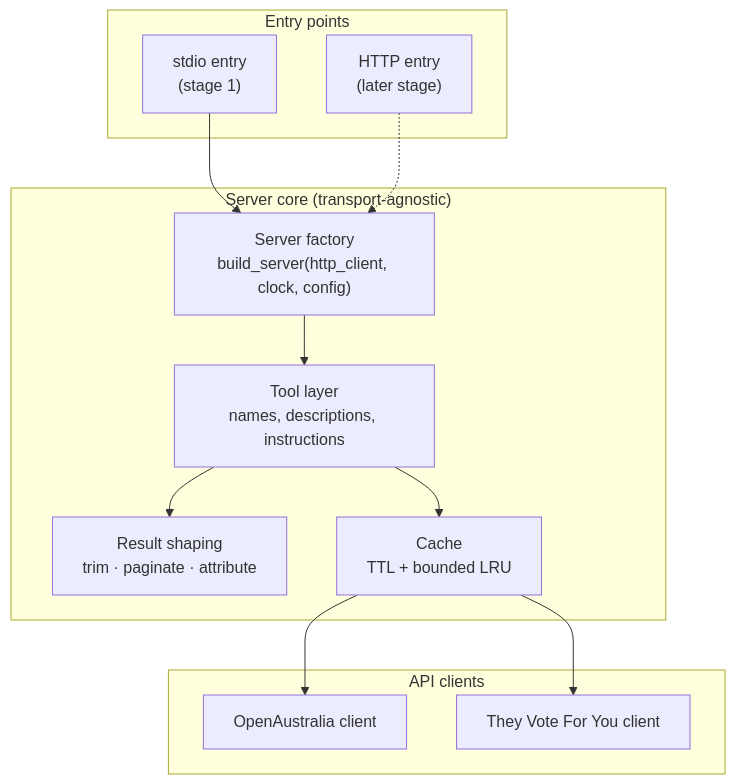
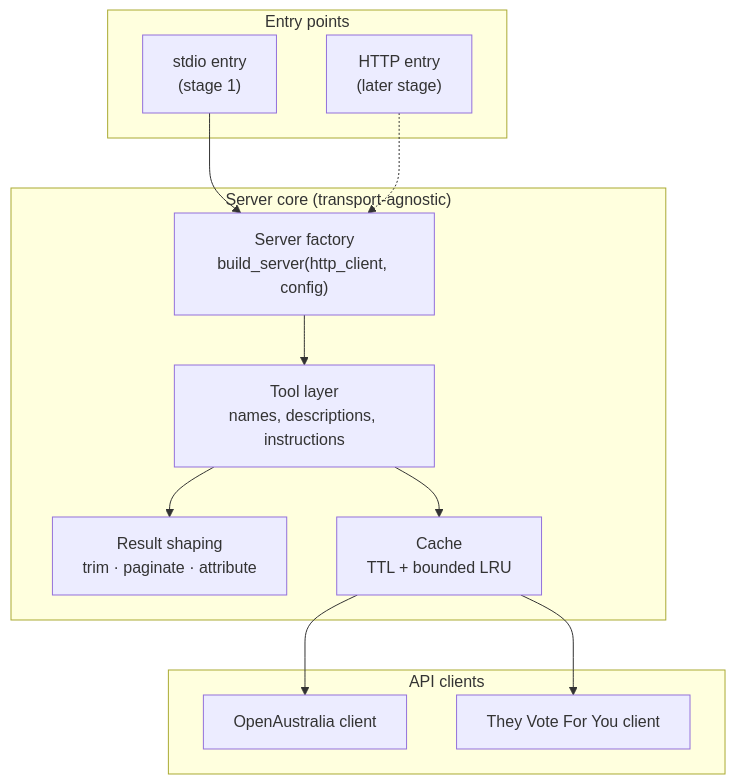
Before and after one commit to jeremiah-wa/openaustralia-mcp: the second of 6 diagrams in docs/architecture.md, drawn with Mermaid. The commit also changed other lines of this file and 2 other files, not shown here.

````diff
--- a/docs/architecture.md
+++ b/docs/architecture.md
@@ -22,27 +22,27 @@
 ```mermaid
 flowchart TB
     subgraph entry["Entry points"]
         stdio["stdio entry<br/>(stage 1)"]
         http["HTTP entry<br/>(later stage)"]
     end
 
     subgraph core["Server core (transport-agnostic)"]
-        factory["Server factory<br/>build_server(http_client, clock, config)"]
+        factory["Server factory<br/>build_server(http_client, config)"]
         tools["Tool layer<br/>names, descriptions, instructions"]
         shape["Result shaping<br/>trim · paginate · attribute"]
         cache["Cache<br/>TTL + bounded LRU"]
     end
 
     subgraph clients["API clients"]
         oac["OpenAustralia client"]
         tvc["They Vote For You client"]
     end
 
     stdio --> factory
     http -.-> factory
     factory --> tools
     tools --> shape
     tools --> cache
     cache --> oac
     cache --> tvc
 ```
````
